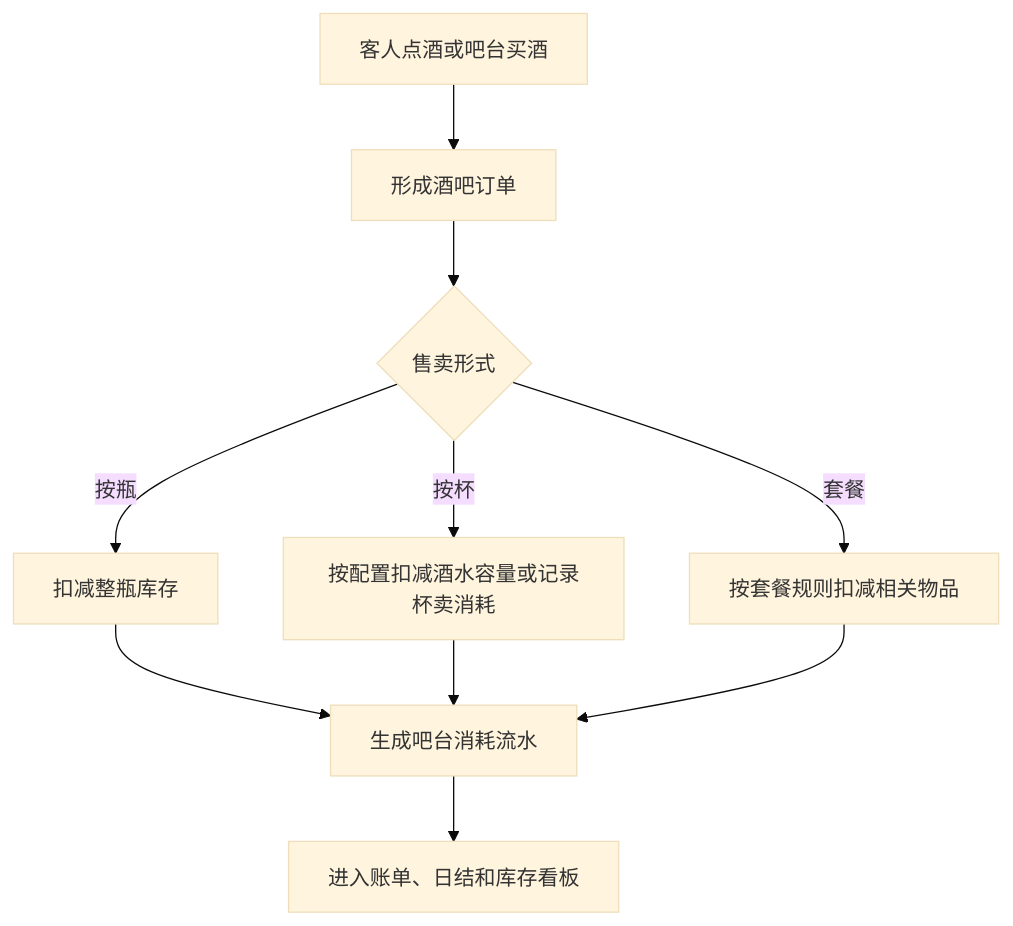
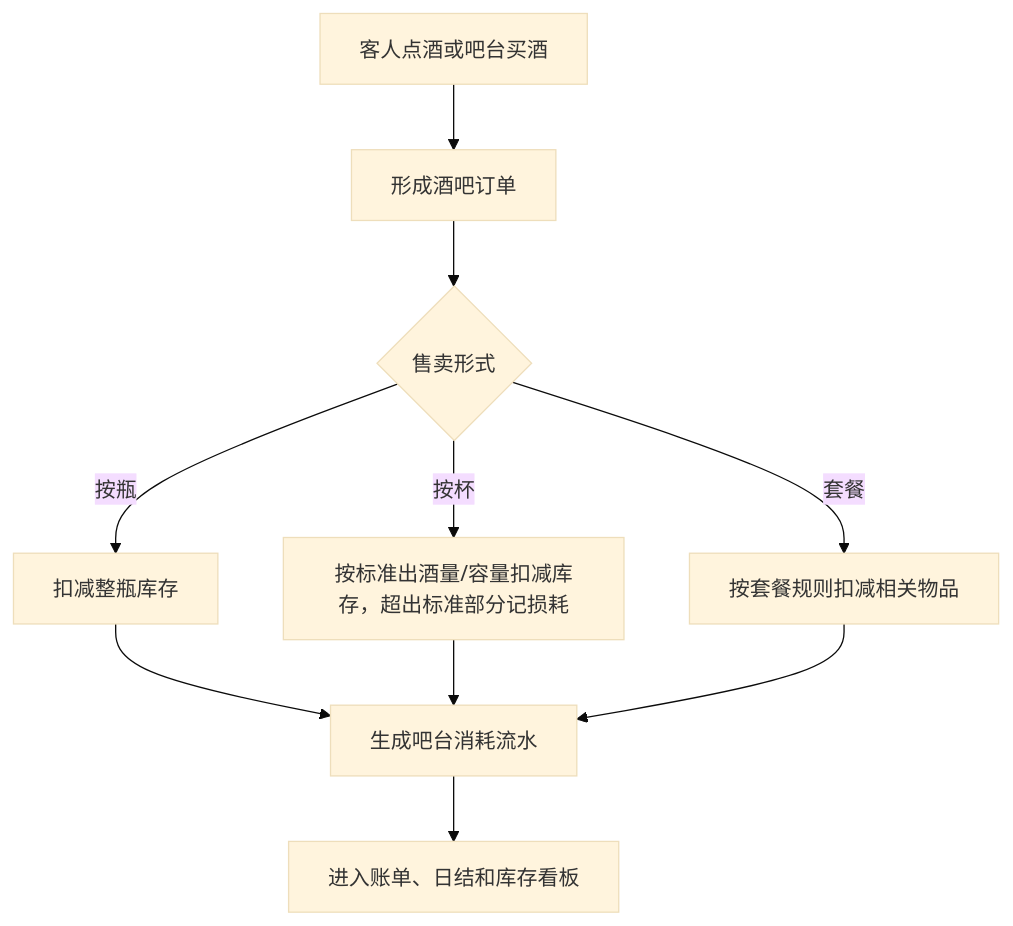
One commit to jxh1979/mall changed the third of 5 diagrams in docs/supply-chain-inventory-product-prd-v0.1.md. Above: the diagram before and after it, drawn with Mermaid (base theme). The commit also changed other lines of this file and 1 other file, not shown here.

````diff
--- a/docs/supply-chain-inventory-product-prd-v0.1.md
+++ b/docs/supply-chain-inventory-product-prd-v0.1.md
@@ -178,12 +210,12 @@
 ```mermaid
 flowchart TD
   A["客人点酒或吧台买酒"] --> B["形成酒吧订单"]
   B --> C{"售卖形式"}
   C -- 按瓶 --> D["扣减整瓶库存"]
-  C -- 按杯 --> E["按配置扣减酒水容量或记录杯卖消耗"]
+  C -- 按杯 --> E["按标准出酒量/容量扣减库存，超出标准部分记损耗"]
   C -- 套餐 --> F["按套餐规则扣减相关物品"]
   D --> G["生成吧台消耗流水"]
   E --> G
   F --> G
   G --> H["进入账单、日结和库存看板"]
 ```
````
